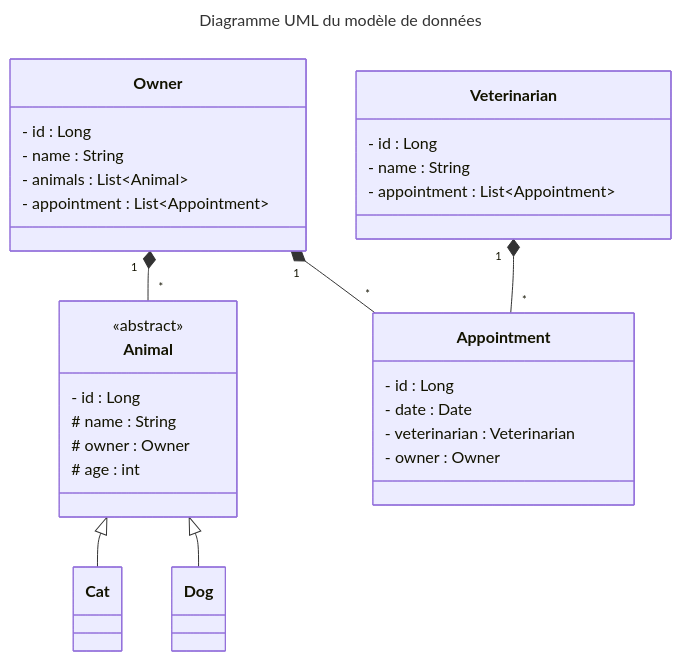
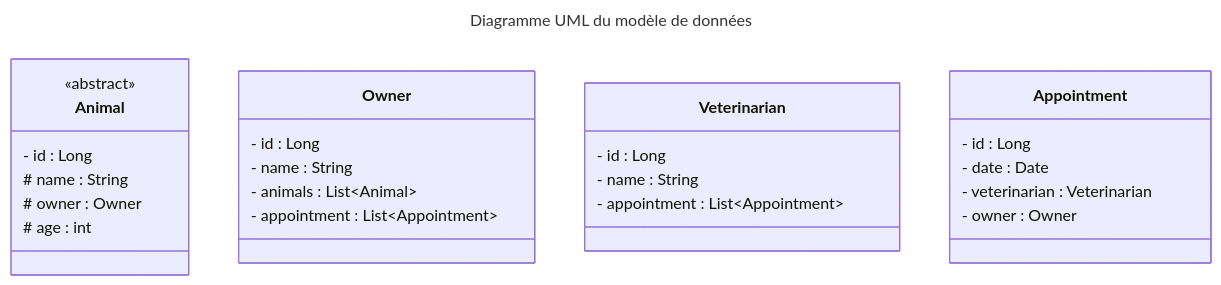
One commit to Kazh-boop/tpjpa2023 changed the diagram in README.md. Above: the diagram before and after it, drawn with Mermaid. The commit also changed other lines of this file and 22 other files, not shown here.

````diff
--- a/README.md
+++ b/README.md
@@ -3,35 +72,30 @@
 ```mermaid
 ---
 title: Diagramme UML du modèle de données
 ---
 classDiagram
 class Animal {
     <<abstract>>
     - id : Long
     # name : String
     # owner : Owner
     # age : int
 }   
 class Owner {
     - id : Long
     - name : String
     - animals : List~Animal~
     - appointment : List~Appointment~
 }
 class Veterinarian {
     - id : Long
     - name : String
     - appointment : List~Appointment~
 }
 class Appointment {
     - id : Long
     - date : Date
     - veterinarian : Veterinarian
     - owner : Owner
 }
-Animal <|-- Cat
-Animal <|-- Dog
-Owner "1" *-- "*" Animal
-Owner "1" *-- "*" Appointment
-Veterinarian "1" *-- "*" Appointment
 ```
````
